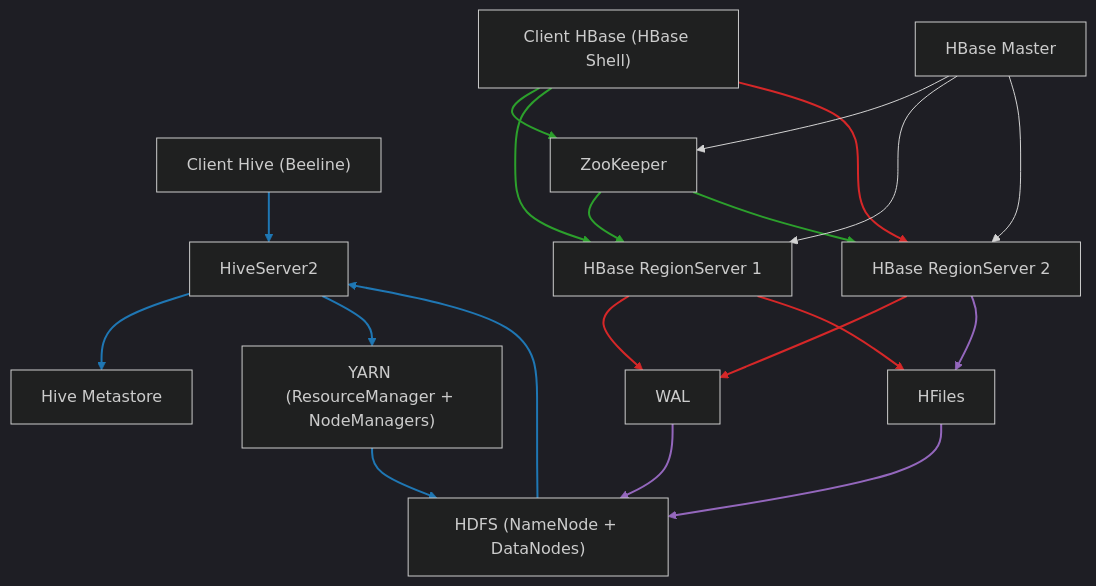
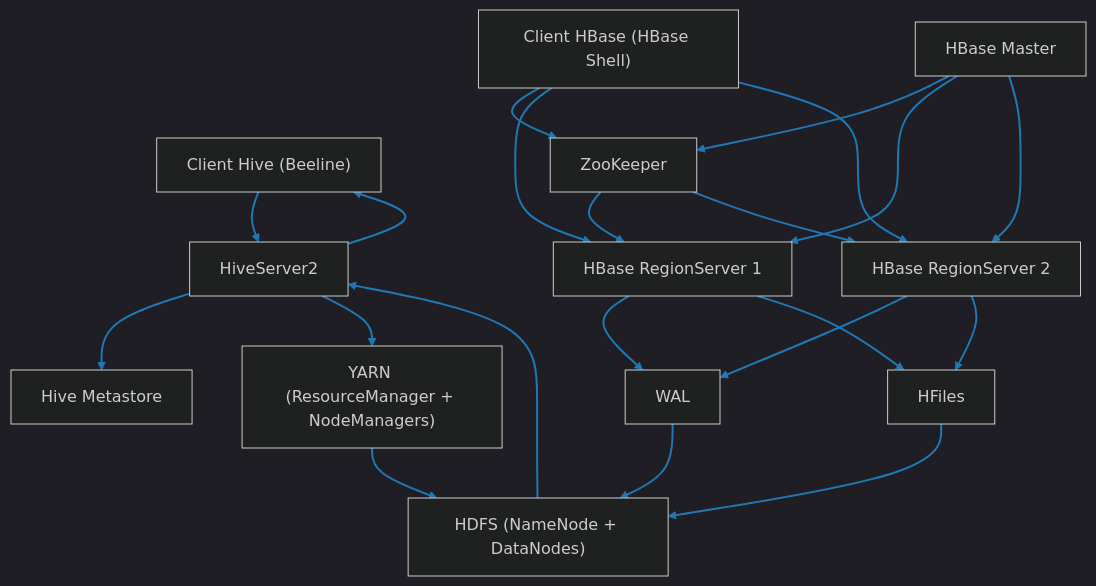
The diagram in rendus/Mohamed Amine MERABET/Room 8/architecture-blank - Mohamed Amine MERABET.mmd (AbidHamza/M2DE_Hbase), drawn with Mermaid (dark theme) before and after one commit.

Commit message:
Modif Diag

```diff
--- a/rendus/Mohamed Amine MERABET/Room 8/architecture-blank - Mohamed Amine MERABET.mmd
+++ b/rendus/Mohamed Amine MERABET/Room 8/architecture-blank - Mohamed Amine MERABET.mmd
@@ -1,60 +1,59 @@
 flowchart TB
 
-%% ===== Nodes =====
+%% ===== Clients =====
 ClientHive["Client Hive (Beeline)"]
 ClientHBase["Client HBase (HBase Shell)"]
 
+%% ===== Hive Layer =====
 HiveServer2["HiveServer2"]
 Metastore["Hive Metastore"]
 
+%% ===== HBase Layer =====
 HBaseMaster["HBase Master"]
 RegionServer1["HBase RegionServer 1"]
 RegionServer2["HBase RegionServer 2"]
 
+%% ===== Coordination =====
 ZooKeeper["ZooKeeper"]
+
+%% ===== Compute =====
 YARN["YARN (ResourceManager + NodeManagers)"]
 
+%% ===== Storage =====
 HDFS["HDFS (NameNode + DataNodes)"]
+HFiles["HFiles"]
 WAL["WAL"]
-HFiles["HFiles"]
 
 %% ===== Hive Flow =====
 ClientHive --> HiveServer2
 HiveServer2 --> Metastore
 HiveServer2 --> YARN
 YARN --> HDFS
 HDFS --> HiveServer2
+HiveServer2 --> ClientHive
 
 %% ===== HBase Flow =====
 ClientHBase --> ZooKeeper
 ZooKeeper --> RegionServer1
 ZooKeeper --> RegionServer2
 
 ClientHBase --> RegionServer1
 ClientHBase --> RegionServer2
 
 RegionServer1 --> WAL
 RegionServer2 --> WAL
+
 RegionServer1 --> HFiles
 RegionServer2 --> HFiles
 
 WAL --> HDFS
 HFiles --> HDFS
 
-%% ===== Master =====
+%% ===== Master Coordination =====
 HBaseMaster --> ZooKeeper
 HBaseMaster --> RegionServer1
 HBaseMaster --> RegionServer2
 
+
 %% ===== Link styles =====
-%% Hive
-linkStyle 0,1,2,3,4 stroke:#1f77b4,stroke-width:2px;
-
-%% HBase accès
-linkStyle 5,6,7,8 stroke:#2ca02c,stroke-width:2px;
-
-%% HBase stockage
-linkStyle 9,10,11,12 stroke:#d62728,stroke-width:2px;
-
-%% Coordination
-linkStyle 13,14,15 stroke:#9467bd,stroke-width:2px;
+linkStyle default stroke:#1f77b4,stroke-width:2px;
```
